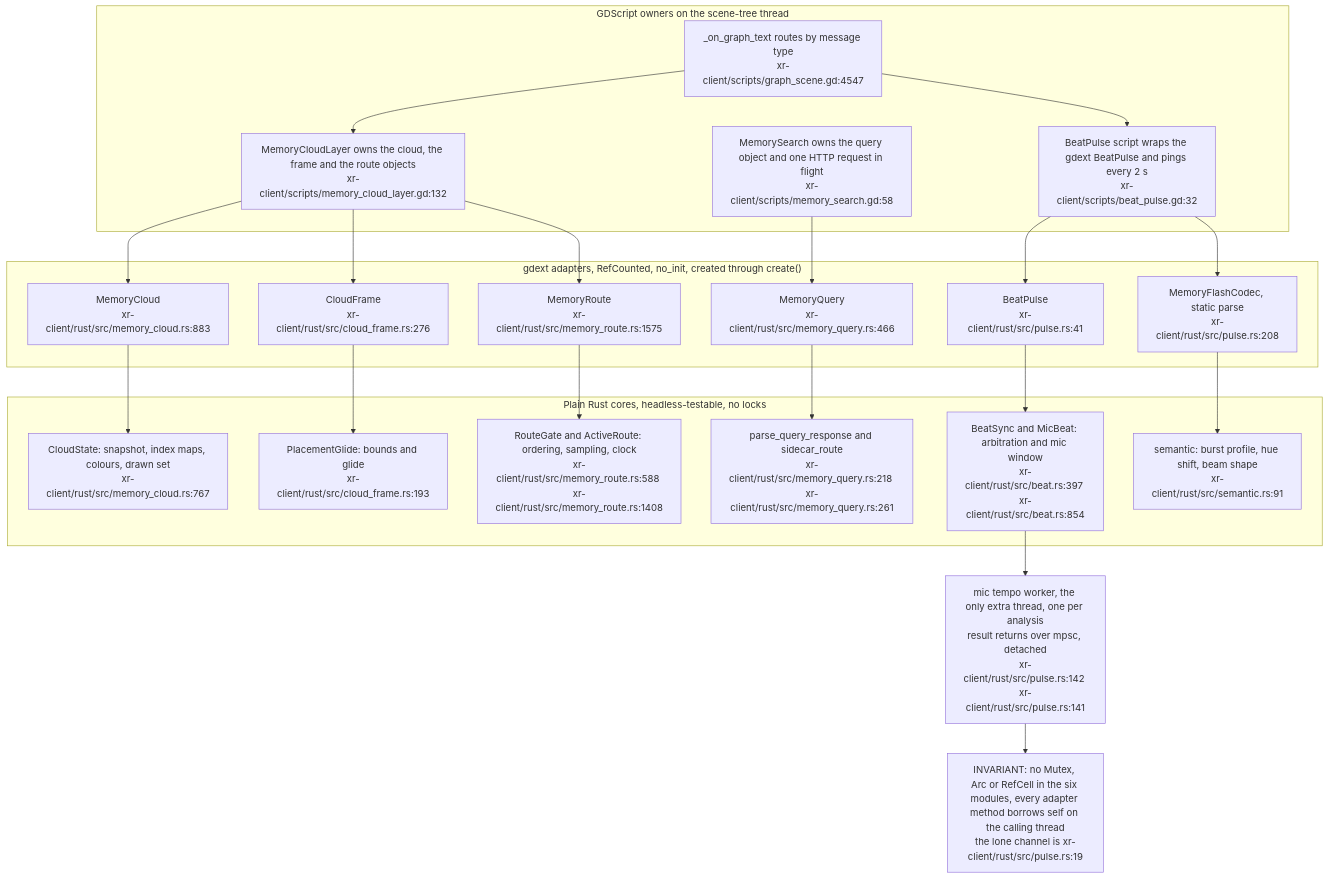
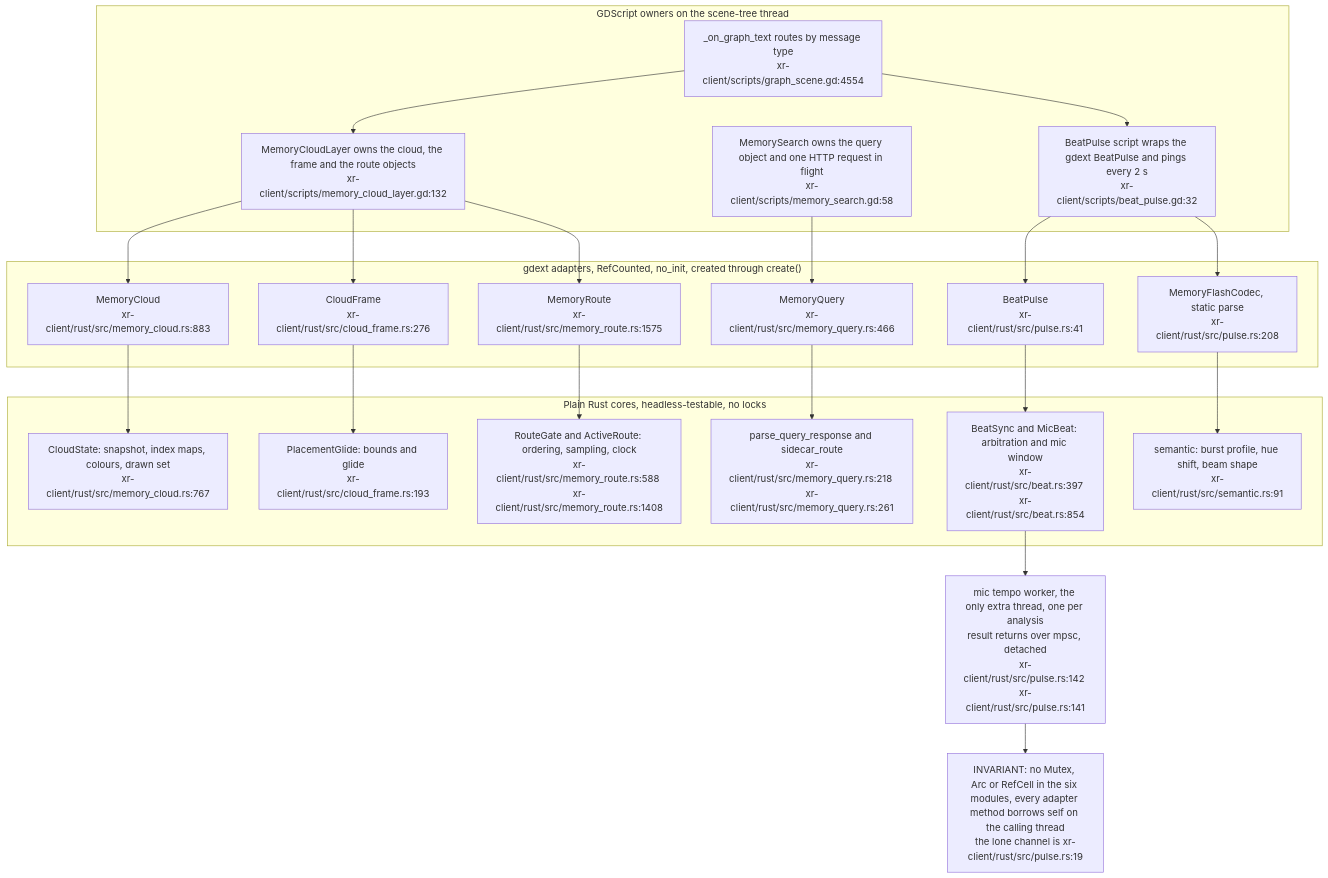
Before and after one commit to DreamLab-AI/VisionFlow: the first of 19 diagrams in docs/diagrams/visionclaw/38-xr-memory-cloud-internals.md, drawn with Mermaid. The commit also changed other lines of this file and 24 other files, not shown here.

Commit message:
docs: align XR liveness, filtering and rendering diagrams (#33)

````diff
--- a/docs/diagrams/visionclaw/38-xr-memory-cloud-internals.md
+++ b/docs/diagrams/visionclaw/38-xr-memory-cloud-internals.md
@@ -50,43 +50,43 @@
 ```mermaid
 flowchart TB
     subgraph gd["GDScript owners on the scene-tree thread"]
-        GS["_on_graph_text routes by message type<br/>xr-client/scripts/graph_scene.gd:4547"]
+        GS["_on_graph_text routes by message type<br/>xr-client/scripts/graph_scene.gd:4554"]
         LAYER["MemoryCloudLayer owns the cloud, the frame and the route objects<br/>xr-client/scripts/memory_cloud_layer.gd:132"]
         SEARCH["MemorySearch owns the query object and one HTTP request in flight<br/>xr-client/scripts/memory_search.gd:58"]
         BEATGD["BeatPulse script wraps the gdext BeatPulse and pings every 2 s<br/>xr-client/scripts/beat_pulse.gd:32"]
     end
     subgraph cls["gdext adapters, RefCounted, no_init, created through create()"]
         MC["MemoryCloud<br/>xr-client/rust/src/memory_cloud.rs:883"]
         CF["CloudFrame<br/>xr-client/rust/src/cloud_frame.rs:276"]
         MR["MemoryRoute<br/>xr-client/rust/src/memory_route.rs:1575"]
         MQ["MemoryQuery<br/>xr-client/rust/src/memory_query.rs:466"]
         BP["BeatPulse<br/>xr-client/rust/src/pulse.rs:41"]
         FC["MemoryFlashCodec, static parse<br/>xr-client/rust/src/pulse.rs:208"]
     end
     subgraph core["Plain Rust cores, headless-testable, no locks"]
         CS["CloudState: snapshot, index maps, colours, drawn set<br/>xr-client/rust/src/memory_cloud.rs:767"]
         PG["PlacementGlide: bounds and glide<br/>xr-client/rust/src/cloud_frame.rs:193"]
         RG["RouteGate and ActiveRoute: ordering, sampling, clock<br/>xr-client/rust/src/memory_route.rs:588 xr-client/rust/src/memory_route.rs:1408"]
         QA["parse_query_response and sidecar_route<br/>xr-client/rust/src/memory_query.rs:218 xr-client/rust/src/memory_query.rs:261"]
         BS["BeatSync and MicBeat: arbitration and mic window<br/>xr-client/rust/src/beat.rs:397 xr-client/rust/src/beat.rs:854"]
         SE["semantic: burst profile, hue shift, beam shape<br/>xr-client/rust/src/semantic.rs:91"]
     end
     WORKER["mic tempo worker, the only extra thread, one per analysis<br/>result returns over mpsc, detached<br/>xr-client/rust/src/pulse.rs:142 xr-client/rust/src/pulse.rs:141"]
     GS --> LAYER
     GS --> BEATGD
     LAYER --> MC
     LAYER --> CF
     LAYER --> MR
     SEARCH --> MQ
     BEATGD --> BP
     BEATGD --> FC
     MC --> CS
     CF --> PG
     MR --> RG
     MQ --> QA
     BP --> BS
     FC --> SE
     BS --> WORKER
     INV["INVARIANT: no Mutex, Arc or RefCell in the six modules, every adapter method borrows self on the calling thread<br/>the lone channel is xr-client/rust/src/pulse.rs:19"]
     WORKER --> INV
 ```
````
